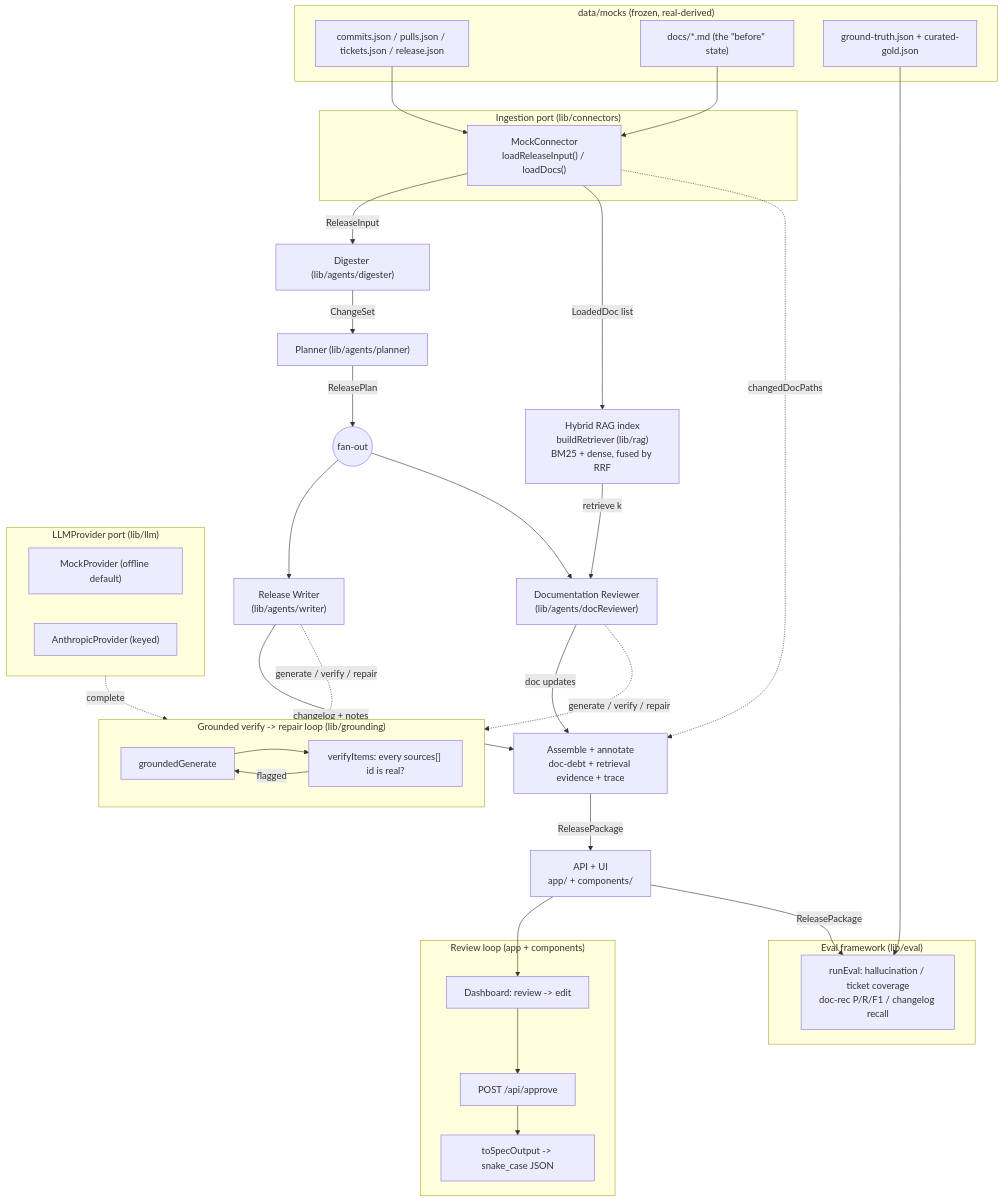
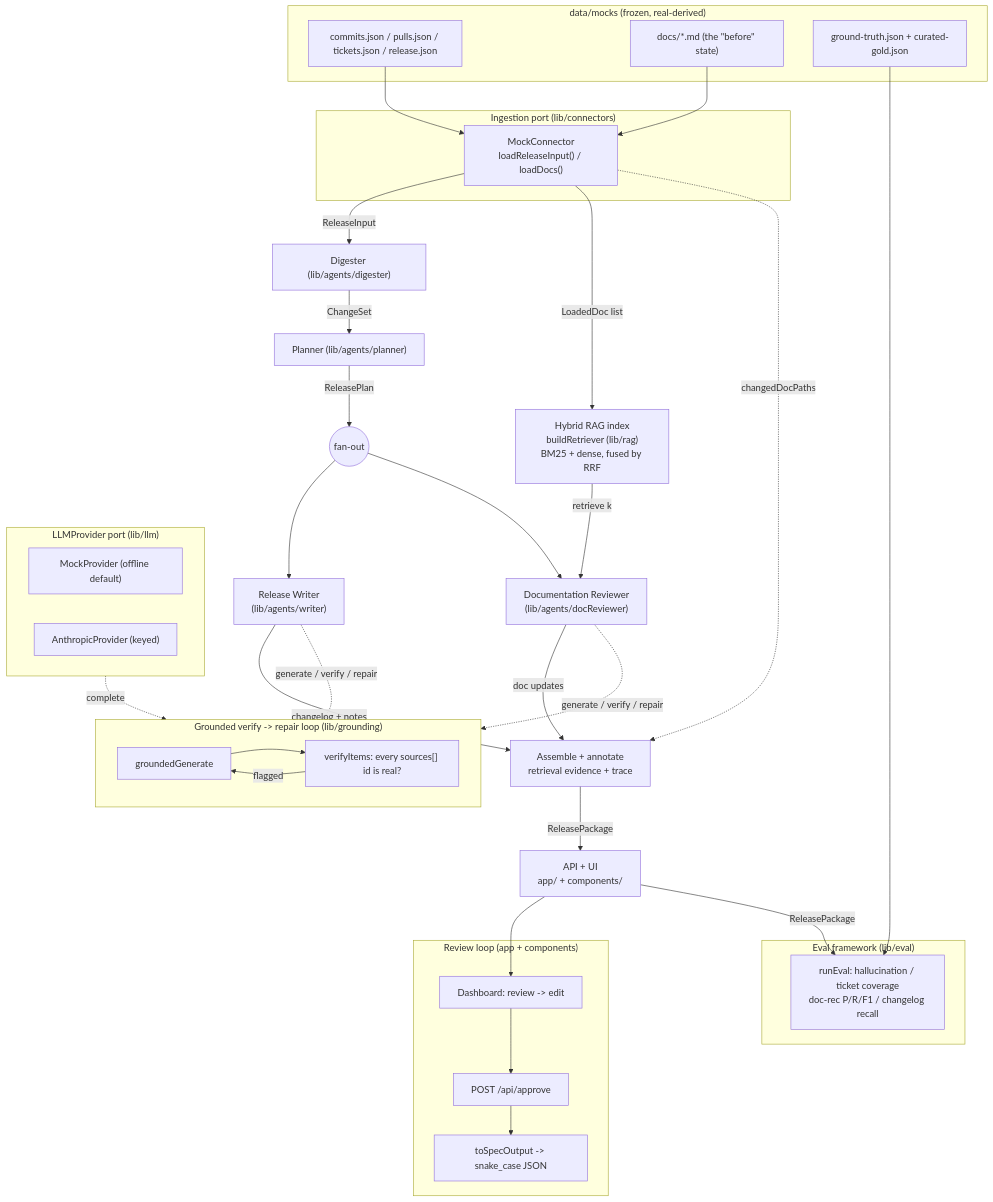
Before and after one commit to DaniRuizPerez/Decode-Origin-Technical-Assessment: the diagram in docs/ARCHITECTURE.md, drawn with Mermaid. The commit also changed other lines of this file and 4 other files, not shown here.

First line of the commit message:
chore: regenerate samples on the cleaned schema + align docs

````diff
--- a/docs/ARCHITECTURE.md
+++ b/docs/ARCHITECTURE.md
@@ -29,64 +29,64 @@
 ```mermaid
 flowchart TB
     subgraph sources["data/mocks (frozen, real-derived)"]
         artifacts["commits.json / pulls.json / tickets.json / release.json"]
         existingDocs["docs/*.md (the &quot;before&quot; state)"]
         groundTruth["ground-truth.json + curated-gold.json"]
     end
 
     subgraph ingest["Ingestion port (lib/connectors)"]
         connector["MockConnector<br/>loadReleaseInput() / loadDocs()"]
     end
 
     artifacts --> connector
     existingDocs --> connector
 
     subgraph provider["LLMProvider port (lib/llm)"]
         mock["MockProvider (offline default)"]
         anthropic["AnthropicProvider (keyed)"]
     end
 
     connector -->|"ReleaseInput"| digester["Digester (lib/agents/digester)"]
     digester -->|"ChangeSet"| planner["Planner (lib/agents/planner)"]
     planner -->|"ReleasePlan"| fork(("fan-out"))
 
     connector -->|"LoadedDoc list"| rag["Hybrid RAG index<br/>buildRetriever (lib/rag)<br/>BM25 + dense, fused by RRF"]
 
     fork --> writer["Release Writer<br/>(lib/agents/writer)"]
     fork --> docReviewer["Documentation Reviewer<br/>(lib/agents/docReviewer)"]
     rag -->|"retrieve k"| docReviewer
 
     subgraph grounding["Grounded verify -> repair loop (lib/grounding)"]
         gg["groundedGenerate"]
         verify["verifyItems: every sources[] id is real?"]
         gg --> verify
         verify -->|"flagged"| gg
     end
 
     writer -.->|"generate / verify / repair"| grounding
     docReviewer -.->|"generate / verify / repair"| grounding
     provider -.->|"complete"| grounding
 
-    writer -->|"changelog + notes"| assemble["Assemble + annotate<br/>doc-debt + retrieval evidence + trace"]
+    writer -->|"changelog + notes"| assemble["Assemble + annotate<br/>retrieval evidence + trace"]
     docReviewer -->|"doc updates"| assemble
     connector -.->|"changedDocPaths"| assemble
 
     assemble -->|"ReleasePackage"| api["API + UI<br/>app/ + components/"]
 
     subgraph review["Review loop (app + components)"]
         ui["Dashboard: review -> edit"]
         approve["POST /api/approve"]
         export["toSpecOutput -> snake_case JSON"]
     end
 
     api --> ui
     ui --> approve
     approve --> export
 
     subgraph evaluation["Eval framework (lib/eval)"]
         runEval["runEval: hallucination / ticket coverage<br/>doc-rec P/R/F1 / changelog recall"]
     end
 
     api -->|"ReleasePackage"| runEval
     groundTruth --> runEval
 ```
````
